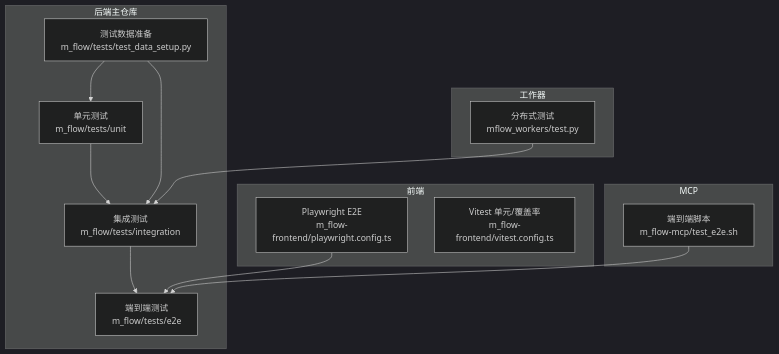
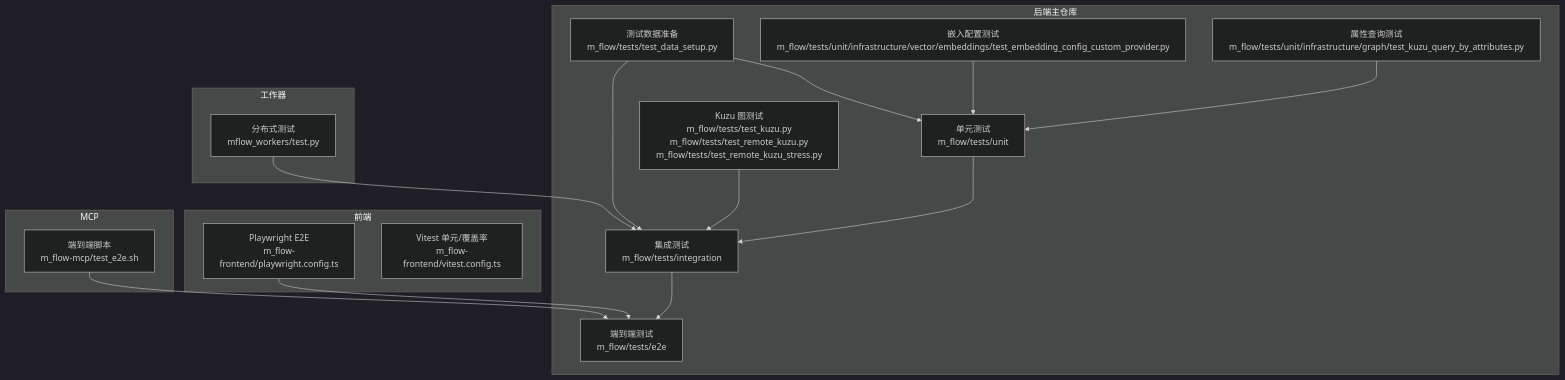
Before and after one commit to alvinwangzi/m_flow: the first of 8 diagrams in .qoder/repowiki/zh/content/开发指南/测试策略/测试策略.md, drawn with Mermaid (dark theme). The commit also changed other lines of this file and 38 other files, not shown here.

````diff
--- a/.qoder/repowiki/zh/content/开发指南/测试策略/测试策略.md
+++ b/.qoder/repowiki/zh/content/开发指南/测试策略/测试策略.md
@@ -37,26 +47,32 @@
 ```mermaid
 graph TB
 subgraph "后端主仓库"
 U["单元测试<br/>m_flow/tests/unit"]
 I["集成测试<br/>m_flow/tests/integration"]
 E2E["端到端测试<br/>m_flow/tests/e2e"]
 TDS["测试数据准备<br/>m_flow/tests/test_data_setup.py"]
+KUZU["Kuzu 图测试<br/>m_flow/tests/test_kuzu.py<br/>m_flow/tests/test_remote_kuzu.py<br/>m_flow/tests/test_remote_kuzu_stress.py"]
+ENDPOINT["嵌入配置测试<br/>m_flow/tests/unit/infrastructure/vector/embeddings/test_embedding_config_custom_provider.py"]
+ATTR["属性查询测试<br/>m_flow/tests/unit/infrastructure/graph/test_kuzu_query_by_attributes.py"]
 end
 subgraph "前端"
 PW["Playwright E2E<br/>m_flow-frontend/playwright.config.ts"]
 VT["Vitest 单元/覆盖率<br/>m_flow-frontend/vitest.config.ts"]
 end
 subgraph "MCP"
 MCPE2E["端到端脚本<br/>m_flow-mcp/test_e2e.sh"]
 end
 subgraph "工作器"
 MW["分布式测试<br/>mflow_workers/test.py"]
 end
 U --> I
 I --> E2E
 TDS --> U
 TDS --> I
+KUZU --> I
+ENDPOINT --> U
+ATTR --> U
 PW --> E2E
 MCPE2E --> E2E
 MW --> I
 ```
````
